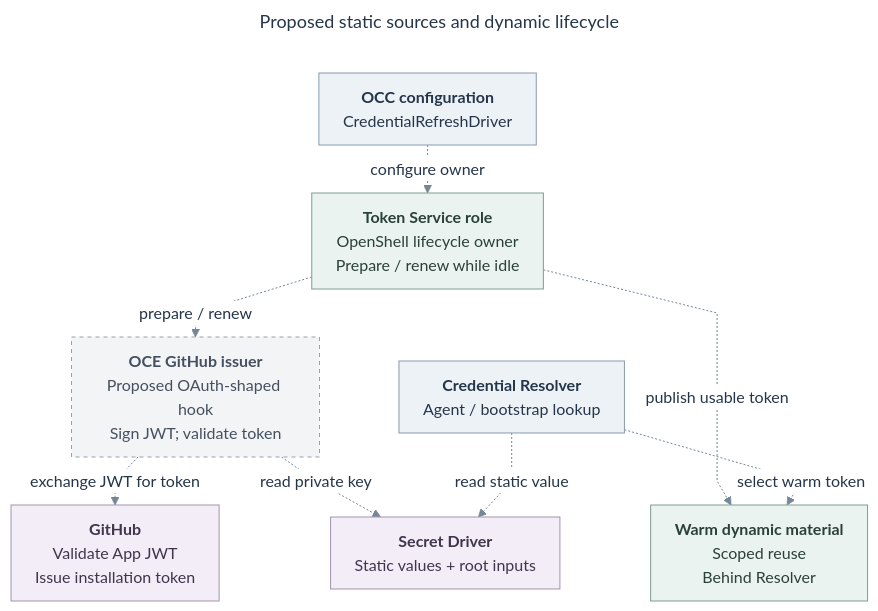
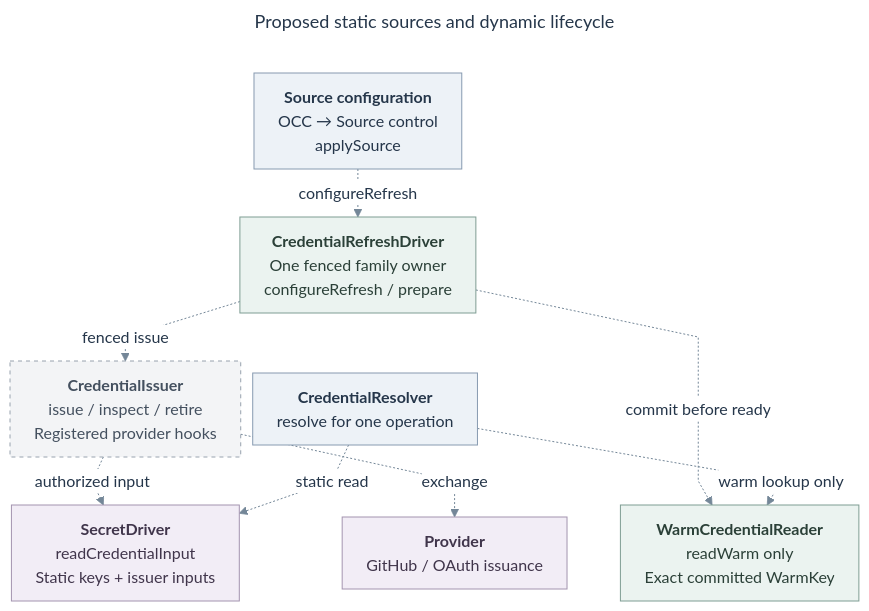
One commit to freeqaz-openai/openclaw-enterprise changed the diagram in specs/rfcs/0019-egress-proxy-credential-lifecycle/assets/credential-architecture.mmd. Above: the diagram before and after it, drawn with Mermaid. The commit also changed 22 other files, not shown here.

```diff
--- a/specs/rfcs/0019-egress-proxy-credential-lifecycle/assets/credential-architecture.mmd
+++ b/specs/rfcs/0019-egress-proxy-credential-lifecycle/assets/credential-architecture.mmd
@@ -1,48 +1,49 @@
 ---
 title: "Proposed static sources and dynamic lifecycle"
 config:
   theme: base
   htmlLabels: true
   themeVariables:
     fontFamily: "Arial, sans-serif"
     fontSize: "16px"
     primaryTextColor: "#25364A"
     lineColor: "#748798"
     edgeLabelBackground: "#FFFFFF"
     clusterBkg: "#FAFBFC"
     clusterBorder: "#D8DEE6"
   flowchart:
     useMaxWidth: false
     curve: linear
-    nodeSpacing: 22
+    nodeSpacing: 12
     rankSpacing: 24
     padding: 12
     diagramPadding: 12
     subGraphTitleMargin:
       top: 10
       bottom: 14
 ---
 flowchart TB
-  Resolver["<b>Credential Resolver</b><br/>Agent / bootstrap lookup"]
-  OCC["<b>OCC configuration</b><br/>CredentialRefreshDriver"]
-  Secret["<b>Secret Driver</b><br/>Static values + root inputs"]
-  Warm["<b>Warm dynamic material</b><br/>Scoped reuse<br/>Behind Resolver"]
-  Lifecycle["<b>Token Service role</b><br/>OpenShell lifecycle owner<br/>Prepare / renew while idle"]
-  Issuer["<b>OCE GitHub issuer</b><br/>Proposed OAuth-shaped hook<br/>Sign JWT; validate token"]
-  GitHub["<b>GitHub</b><br/>Validate App JWT<br/>Issue installation token"]
-  OCC -. "configure owner" .-> Lifecycle
-  Lifecycle -. "prepare / renew" .-> Issuer
-  Lifecycle -. "publish usable token" .-> Warm
-  Issuer -. "exchange JWT for token" .-> GitHub
-  Issuer -. "read private key" .-> Secret
-  Resolver -. "read static value" .-> Secret
-  Resolver -. "select warm token" .-> Warm
+  %% All edges proposed; logical facets may share one trusted Backend object.
+  OCC["<b>Source configuration</b><br/>OCC → Source control<br/>applySource"]
+  Secret["<b>SecretDriver</b><br/>readCredentialInput<br/>Static keys + issuer inputs"]
+  Resolver["<b>CredentialResolver</b><br/>resolve for one operation"]
+  Lifecycle["<b>CredentialRefreshDriver</b><br/>One fenced family owner<br/>configureRefresh / prepare"]
+  Warm["<b>WarmCredentialReader</b><br/>readWarm only<br/>Exact committed WarmKey"]
+  Issuer["<b>CredentialIssuer</b><br/>issue / inspect / retire<br/>Registered provider hooks"]
+  Provider["<b>Provider</b><br/>GitHub / OAuth issuance"]
+  OCC -. configureRefresh .-> Lifecycle
+  Lifecycle -. fenced issue .-> Issuer
+  Issuer -. authorized input .-> Secret
+  Issuer -. exchange .-> Provider
+  Lifecycle -. commit before ready .-> Warm
+  Resolver -. static read .-> Secret
+  Resolver -. warm lookup only .-> Warm
   class OCC,Resolver api
-  class Secret,GitHub external
-  class Warm,Lifecycle action
+  class Secret,Provider external
+  class Lifecycle,Warm action
   class Issuer pending
   classDef api fill:#EDF2F7,stroke:#879AB0,color:#25364A,stroke-width:1px
   classDef action fill:#EBF3F0,stroke:#7F9D93,color:#2B4038,stroke-width:1px
   classDef external fill:#F2EDF6,stroke:#A394AF,color:#40354B,stroke-width:1px
   classDef pending fill:#F3F4F6,stroke:#98A2AE,color:#44505F,stroke-width:1px,stroke-dasharray:4 4
   linkStyle default stroke:#748798,stroke-width:1px
```
